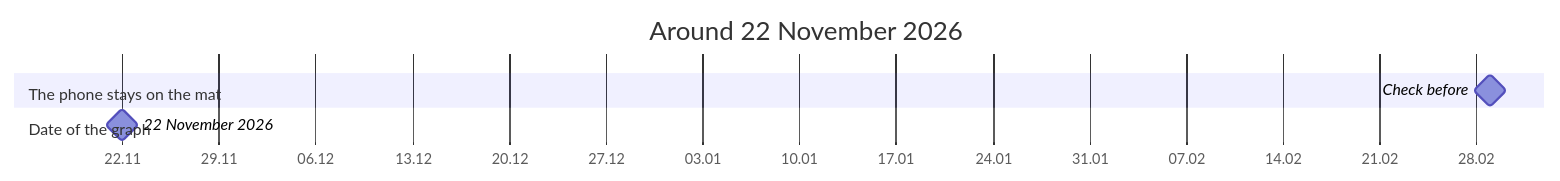
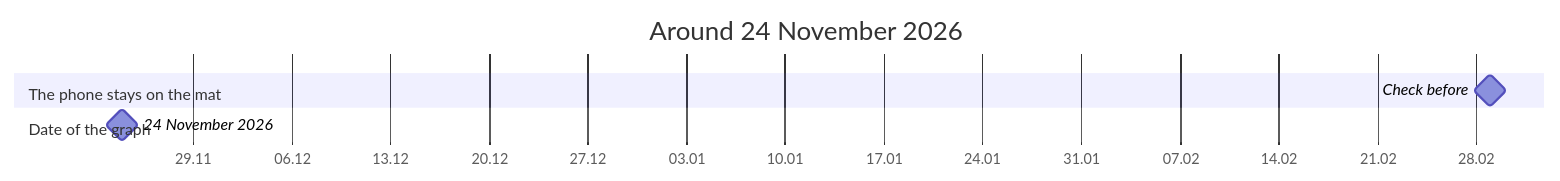
The diagram in apps/poselia/docs/timeline.md (advancedcognitivesystems-ai/trame), drawn with Mermaid before and after one commit. The commit also changed other lines of this file and 195 other files, not shown here.

````diff
--- a/apps/poselia/docs/timeline.md
+++ b/apps/poselia/docs/timeline.md
@@ -5,10 +5,10 @@
 ```mermaid
 gantt
   dateFormat YYYY-MM-DD
   axisFormat %d.%m
-  title Around 22 November 2026
+  title Around 24 November 2026
   section The phone stays on the mat
     Check before : milestone, 2027-03-01, 0d
   section Date of the graph
-    22 November 2026 : milestone, 2026-11-22, 0d
+    24 November 2026 : milestone, 2026-11-24, 0d
 ```
````
